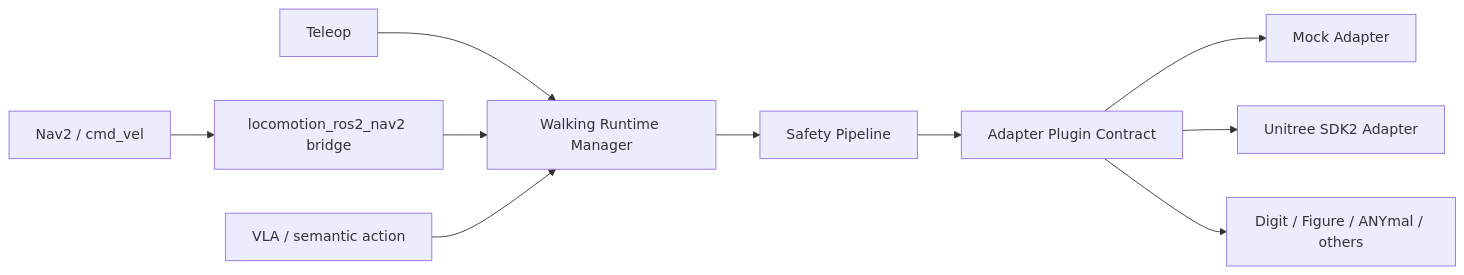
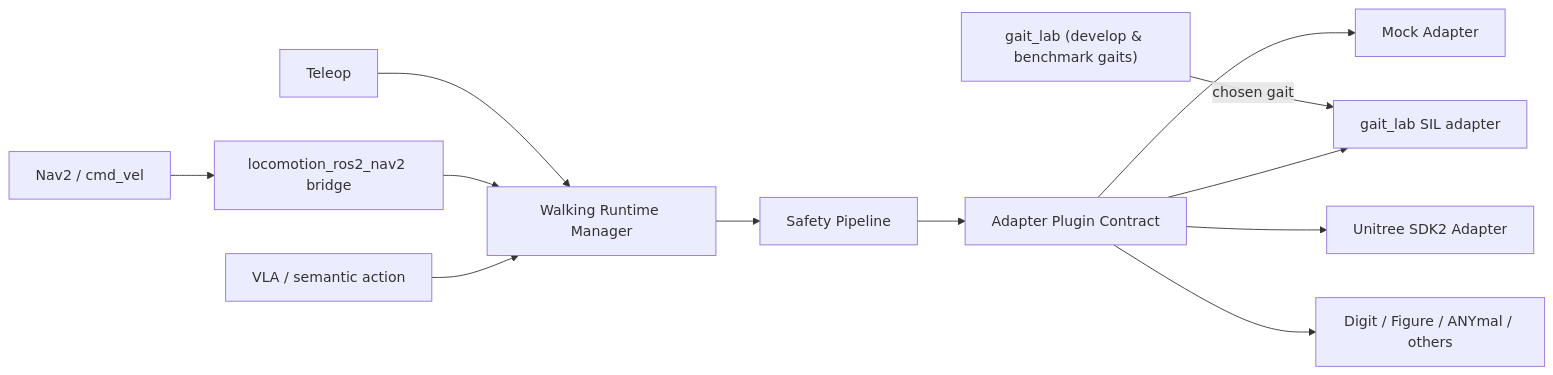
Before and after one commit to rsasaki0109/walking_zoo: the diagram in README.md, drawn with Mermaid. The commit also changed other lines of this file and 1 other file, not shown here.

````diff
--- a/README.md
+++ b/README.md
@@ -72,11 +112,13 @@
 ```mermaid
 flowchart LR
+  Lab["gait_lab (develop & benchmark gaits)"] -->|chosen gait| SIL[gait_lab SIL adapter]
   Teleop[Teleop] --> Runtime
   Nav2[Nav2 / cmd_vel] --> Bridge[locomotion_ros2_nav2 bridge] --> Runtime
   VLA[VLA / semantic action] --> Runtime
   Runtime[Walking Runtime Manager] --> Safety[Safety Pipeline]
   Safety --> Adapter[Adapter Plugin Contract]
   Adapter --> Mock[Mock Adapter]
+  Adapter --> SIL
   Adapter --> Unitree[Unitree SDK2 Adapter]
   Adapter --> Future[Digit / Figure / ANYmal / others]
 ```
````
